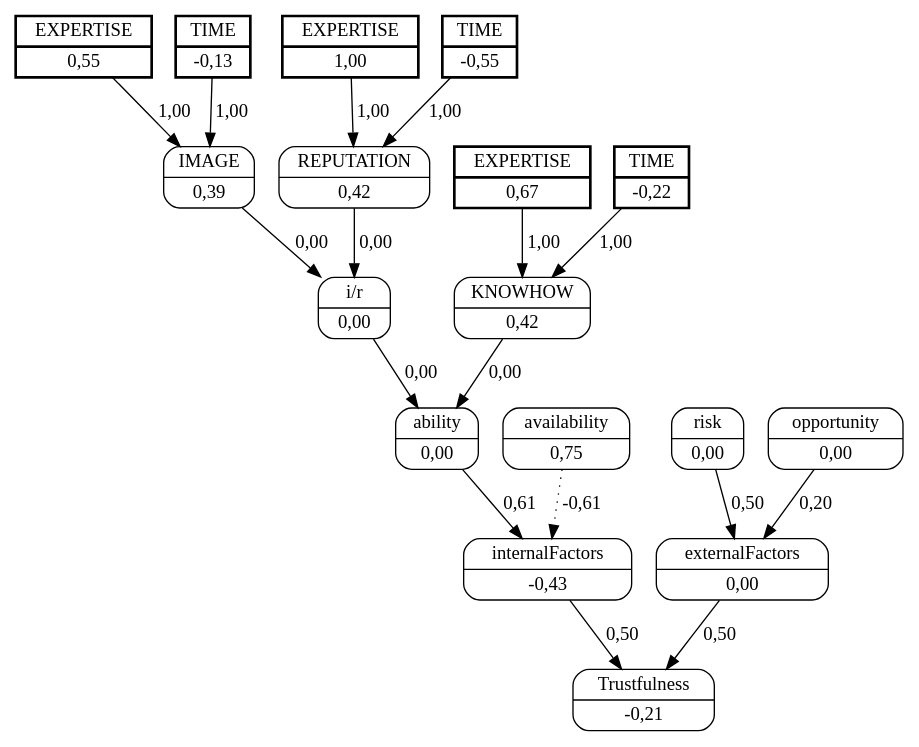
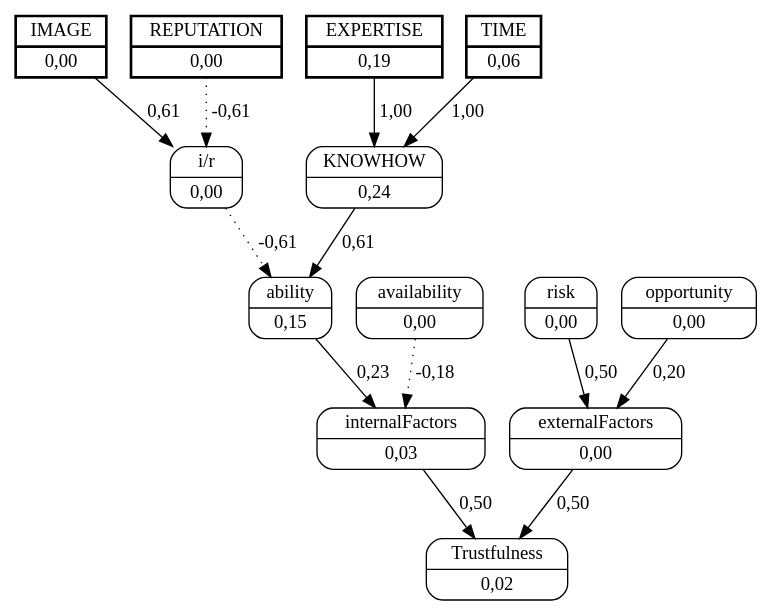
One commit to jjbaqueta/unload_experiment changed the diagram in unload_boxes/dots/worker_1helper_8.dot. Above: the diagram before and after it, drawn with Graphviz. The commit also changed 61 other files, not shown here.

```diff
--- a/unload_boxes/dots/worker_1helper_8.dot
+++ b/unload_boxes/dots/worker_1helper_8.dot
@@ -1,38 +1,29 @@
 digraph FCM_net{
 	node [shape=record, style=rounded]
-	11 [label="{EXPERTISE | 0,55}", style=bold, penwidth=2, peripheries=2];
-	12 [label="{TIME | -0,13}", style=bold, penwidth=2, peripheries=2];
-	13 [label="{EXPERTISE | 1,00}", style=bold, penwidth=2, peripheries=2];
-	14 [label="{TIME | -0,55}", style=bold, penwidth=2, peripheries=2];
-	15 [label="{EXPERTISE | 0,67}", style=bold, penwidth=2, peripheries=2];
-	16 [label="{TIME | -0,22}", style=bold, penwidth=2, peripheries=2];
-	0 [label="{IMAGE | 0,39}"];
-	1 [label="{REPUTATION | 0,42}"];
-	2 [label="{KNOWHOW | 0,42}"];
+	0 [label="{IMAGE | 0,00}", style=bold, penwidth=2, peripheries=2];
+	1 [label="{REPUTATION | 0,00}", style=bold, penwidth=2, peripheries=2];
+	11 [label="{EXPERTISE | 0,19}", style=bold, penwidth=2, peripheries=2];
+	12 [label="{TIME | 0,06}", style=bold, penwidth=2, peripheries=2];
+	0 [label="{IMAGE | 0,00}"];
+	2 [label="{KNOWHOW | 0,24}"];
 	3 [label="{i/r | 0,00}"];
-	4 [label="{ability | 0,00}"];
-	5 [label="{availability | 0,75}"];
-	6 [label="{internalFactors | -0,43}"];
+	4 [label="{ability | 0,15}"];
+	5 [label="{availability | 0,00}"];
+	6 [label="{internalFactors | 0,03}"];
 	7 [label="{risk | 0,00}"];
 	8 [label="{opportunity | 0,00}"];
 	9 [label="{externalFactors | 0,00}"];
-	10 [label="{Trustfulness | -0,21}"];
-	11 [label="{EXPERTISE | 0,55}"];
-	13 [label="{EXPERTISE | 1,00}"];
-	0 -> 3 [label = "0,00"];
-	1 -> 3 [label = "0,00"];
-	3 -> 4 [label = "0,00"];
-	2 -> 4 [label = "0,00"];
-	4 -> 6 [label = "0,61"];
-	5 -> 6 [label = "-0,61", style=dotted];
+	10 [label="{Trustfulness | 0,02}"];
+	0 -> 3 [label = "0,61"];
+	1 -> 3 [label = "-0,61", style=dotted];
+	3 -> 4 [label = "-0,61", style=dotted];
+	2 -> 4 [label = "0,61"];
+	4 -> 6 [label = "0,23"];
+	5 -> 6 [label = "-0,18", style=dotted];
 	6 -> 10 [label = "0,50"];
 	7 -> 9 [label = "0,50"];
 	8 -> 9 [label = "0,20"];
 	9 -> 10 [label = "0,50"];
-	11 -> 0 [label = "1,00"];
-	12 -> 0 [label = "1,00"];
-	13 -> 1 [label = "1,00"];
-	14 -> 1 [label = "1,00"];
-	15 -> 2 [label = "1,00"];
-	16 -> 2 [label = "1,00"];
+	11 -> 2 [label = "1,00"];
+	12 -> 2 [label = "1,00"];
 }
```
